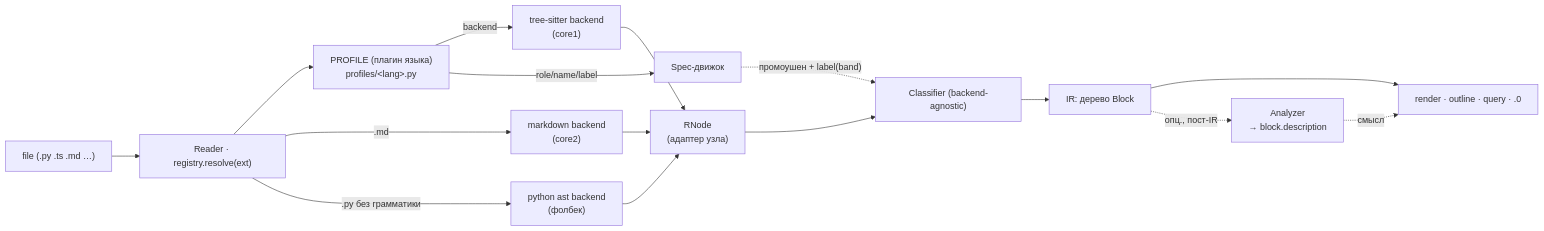
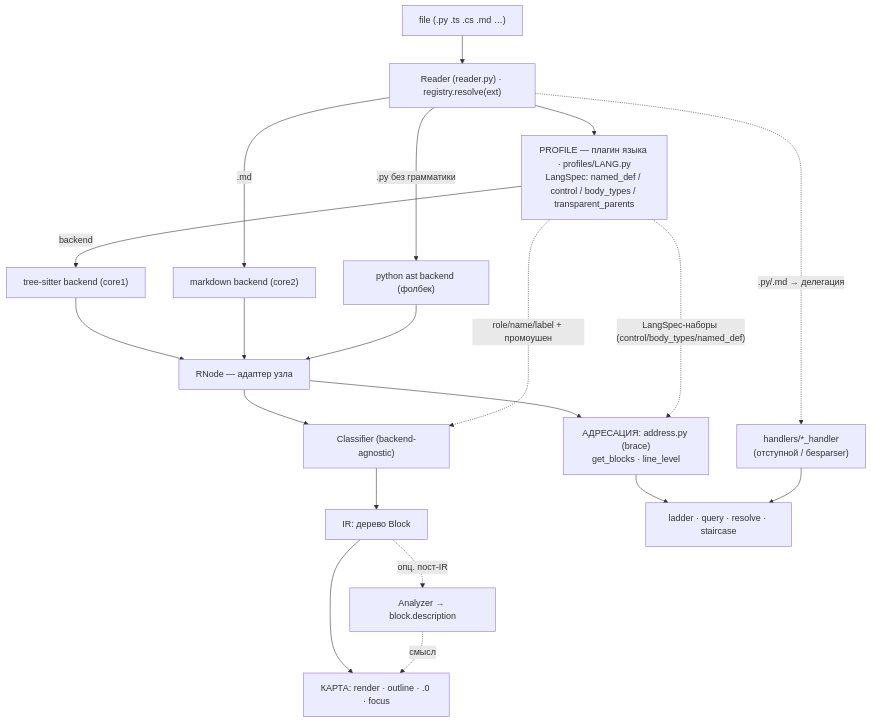
The diagram in get_codeblock/reader/CONTRACT.md (seneelya/Project-Context-Box-Tools), drawn with Mermaid before and after one commit. The commit also changed other lines of this file, not shown here.

Commit message:
Update reader/CONTRACT.md: addressing layer (Vision04), corrected schema, new-language recipe covers addressing

````diff
--- a/get_codeblock/reader/CONTRACT.md
+++ b/get_codeblock/reader/CONTRACT.md
@@ -10,18 +15,24 @@
 ```mermaid
-flowchart LR
-  F["file (.py .ts .md …)"] --> R["Reader · registry.resolve(ext)"]
-  R --> P["PROFILE (плагин языка)<br/>profiles/&lt;lang&gt;.py"]
-  P -->|backend| TS["tree-sitter backend<br/>(core1)"]
-  R -->|.md| MD["markdown backend<br/>(core2)"]
-  R -->|.py без грамматики| AST["python ast backend<br/>(фолбек)"]
-  TS --> N["RNode<br/>(адаптер узла)"]
+flowchart TB
+  F["file (.py .ts .cs .md …)"] --> R["Reader (reader.py) · registry.resolve(ext)"]
+  R --> P["PROFILE — плагин языка · profiles/LANG.py<br/>LangSpec: named_def / control / body_types / transparent_parents"]
+  P -->|backend| TS["tree-sitter backend (core1)"]
+  R -->|.md| MD["markdown backend (core2)"]
+  R -->|".py без грамматики"| AST["python ast backend (фолбек)"]
+  TS --> N["RNode — адаптер узла"]
   MD --> N
   AST --> N
-  P -->|"role/name/label"| SP["Spec-движок"]
+
   N --> C["Classifier (backend-agnostic)"]
-  SP -. "промоушен + label(band)" .-> C
+  P -. "role/name/label + промоушен" .-> C
   C --> IR["IR: дерево Block"]
-  IR --> OUT["render · outline · query · .0"]
-  IR -. "опц., пост-IR" .-> AN["Analyzer<br/>→ block.description"]
-  AN -. "смысл" .-> OUT
+  IR --> OUTMAP["КАРТА: render · outline · .0 · focus"]
+  IR -. "опц. пост-IR" .-> AN["Analyzer → block.description"]
+  AN -. "смысл" .-> OUTMAP
+
+  N --> ADDR["АДРЕСАЦИЯ: address.py (brace)<br/>get_blocks · line_level"]
+  P -. "LangSpec-наборы (control/body_types/named_def)" .-> ADDR
+  R -. ".py/.md → делегация" .-> DEL["handlers/*_handler<br/>(отступной / беsparser)"]
+  ADDR --> ADDROUT["ladder · query · resolve · staircase"]
+  DEL --> ADDROUT
 ```
````
